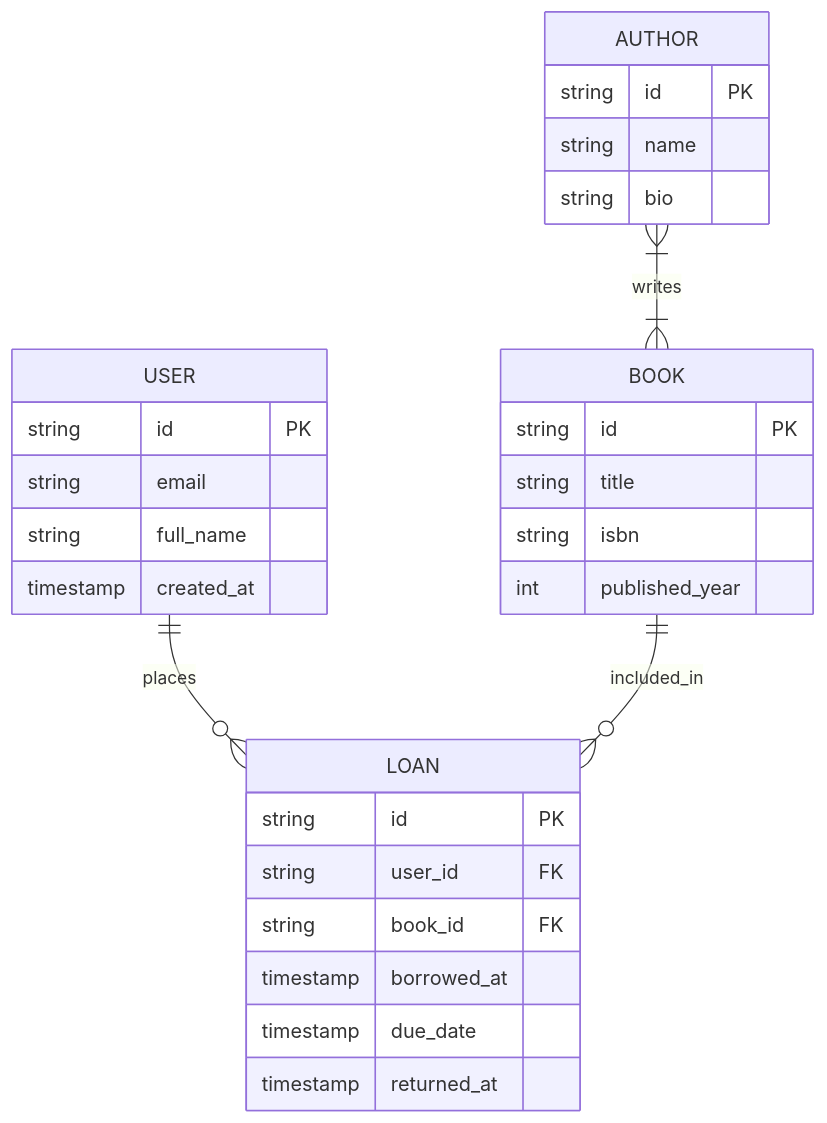
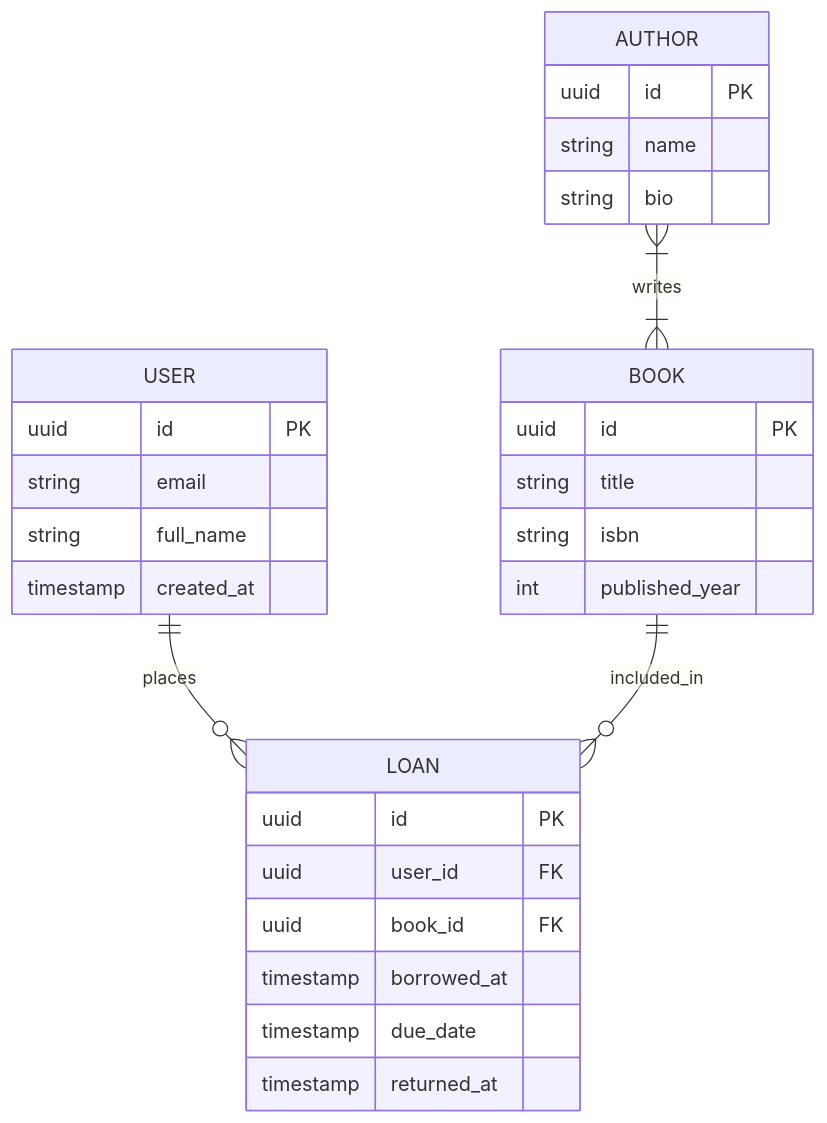
The diagram in Лаб1/diagram.mmd (madrashp/-), drawn with Mermaid before and after one commit.

Commit message:
Change id fields to use UUID type in diagram

```diff
--- a/Лаб1/diagram.mmd
+++ b/Лаб1/diagram.mmd
@@ -1,33 +1,33 @@
 erDiagram
     USER {
-        string id PK
+        uuid id PK
         string email
         string full_name
         timestamp created_at
     }
 
     BOOK {
-        string id PK
+        uuid id PK
         string title
         string isbn
         int published_year
     }
 
     AUTHOR {
-        string id PK
+        uuid id PK
         string name
         string bio
     }
 
     LOAN {
-        string id PK
-        string user_id FK
-        string book_id FK
+        uuid id PK
+        uuid user_id FK
+        uuid book_id FK
         timestamp borrowed_at
         timestamp due_date
         timestamp returned_at
     }
 
     USER ||--o{ LOAN : "places"
     BOOK ||--o{ LOAN : "included_in"
     AUTHOR }|--|{ BOOK : "writes"
```
